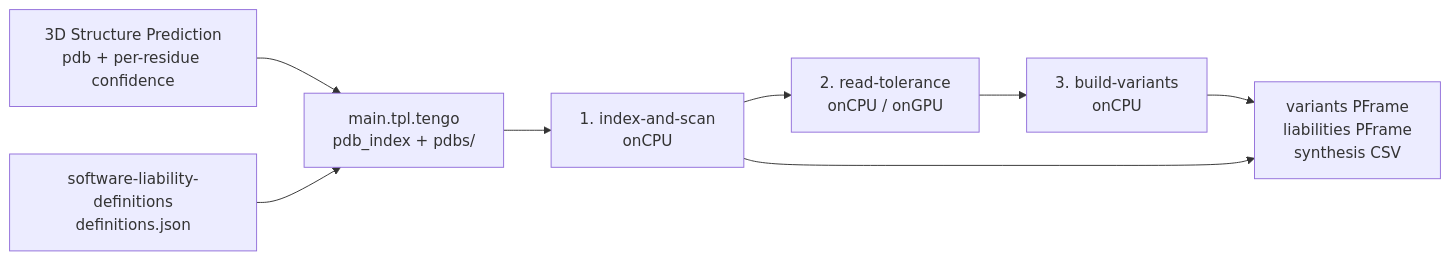
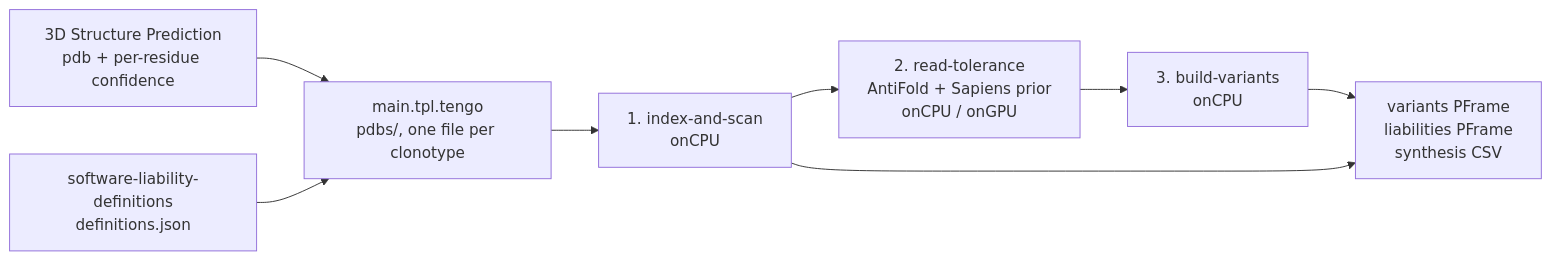
The diagram in README.md (platforma-open/antibody-variant-designer), drawn with Mermaid before and after one commit. The commit also changed other lines of this file and 89 other files, not shown here.

````diff
--- a/README.md
+++ b/README.md
@@ -31,9 +43,9 @@
 ```mermaid
 flowchart LR
   U["3D Structure Prediction<br/>pdb + per-residue confidence"] --> M
   T["software-liability-definitions<br/>definitions.json"] --> M
-  M["main.tpl.tengo<br/>pdb_index + pdbs/"] --> S1
-  S1["1. index-and-scan<br/>onCPU"] --> S2["2. read-tolerance<br/>onCPU / onGPU"] --> S3["3. build-variants<br/>onCPU"]
+  M["main.tpl.tengo<br/>pdbs/, one file per clonotype"] --> S1
+  S1["1. index-and-scan<br/>onCPU"] --> S2["2. read-tolerance<br/>AntiFold + Sapiens prior<br/>onCPU / onGPU"] --> S3["3. build-variants<br/>onCPU"]
   S3 --> O["variants PFrame<br/>liabilities PFrame<br/>synthesis CSV"]
   S1 --> O
 ```
````
